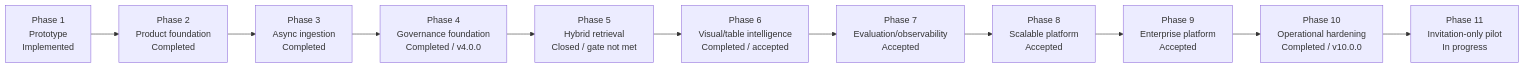
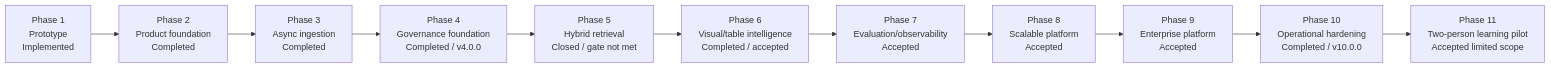
Before and after one commit to mvyas412/ai-projects: the second of 13 diagrams in mm-rag-full-stack-genai-bootcamp-3.0/docs/architecture/ARCHITECTURE.md, drawn with Mermaid. The commit also changed other lines of this file and 7 other files, not shown here.

Commit message:
docs(phase11): record approved two-person pilot acceptance (#31)

````diff
--- a/mm-rag-full-stack-genai-bootcamp-3.0/docs/architecture/ARCHITECTURE.md
+++ b/mm-rag-full-stack-genai-bootcamp-3.0/docs/architecture/ARCHITECTURE.md
@@ -186,14 +186,14 @@
 ```mermaid
 flowchart LR
     p1["Phase 1<br/>Prototype<br/>Implemented"] -->
     p2["Phase 2<br/>Product foundation<br/>Completed"] -->
     p3["Phase 3<br/>Async ingestion<br/>Completed"] -->
     p4["Phase 4<br/>Governance foundation<br/>Completed / v4.0.0"] -->
     p5["Phase 5<br/>Hybrid retrieval<br/>Closed / gate not met"] -->
     p6["Phase 6<br/>Visual/table intelligence<br/>Completed / accepted"] -->
     p7["Phase 7<br/>Evaluation/observability<br/>Accepted"] -->
     p8["Phase 8<br/>Scalable platform<br/>Accepted"] -->
     p9["Phase 9<br/>Enterprise platform<br/>Accepted"] -->
     p10["Phase 10<br/>Operational hardening<br/>Completed / v10.0.0"] -->
-    p11["Phase 11<br/>Invitation-only pilot<br/>In progress"]
+    p11["Phase 11<br/>Two-person learning pilot<br/>Accepted limited scope"]
 ```
````
